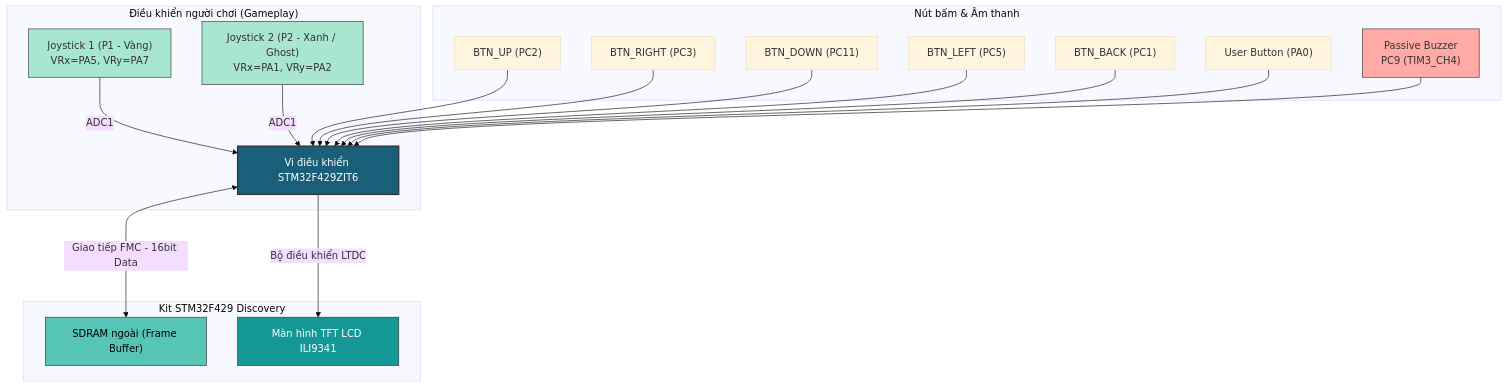
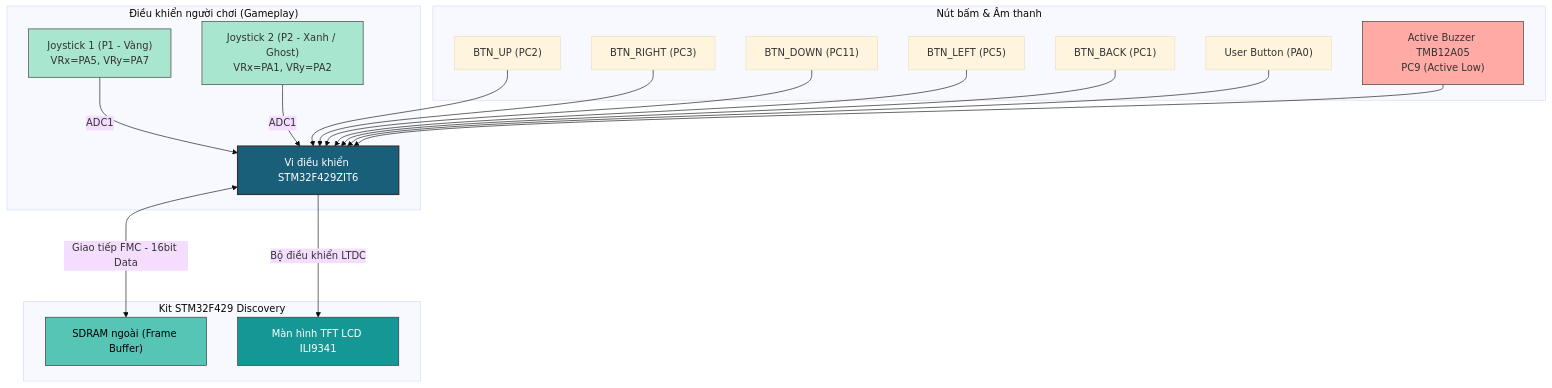
Before and after one commit to Tin61205/Embedded_Final_Prj_20252: the first of 2 diagrams in Report.md, drawn with Mermaid (base theme). The commit also changed other lines of this file and 2 other files, not shown here.

Commit message:
update readme buzzer

````diff
--- a/Report.md
+++ b/Report.md
@@ -106,31 +106,31 @@
 ```mermaid
 graph TD
     subgraph "Điều khiển người chơi (Gameplay)"
         JOY1["Joystick 1 (P1 - Vàng)<br>VRx=PA5, VRy=PA7"] -->|ADC1| STM32
         JOY2["Joystick 2 (P2 - Xanh / Ghost)<br>VRx=PA1, VRy=PA2"] -->|ADC1| STM32
     end
 
     subgraph "Nút bấm & Âm thanh"
         BTN_UP["BTN_UP (PC2)"] --> STM32
         BTN_RIGHT["BTN_RIGHT (PC3)"] --> STM32
         BTN_DOWN["BTN_DOWN (PC11)"] --> STM32
         BTN_LEFT["BTN_LEFT (PC5)"] --> STM32
         BTN_BACK["BTN_BACK (PC1)"] --> STM32
         BTN_USER["User Button (PA0)"] --> STM32
-        BUZZ["Passive Buzzer<br>PC9 (TIM3_CH4)"] --> STM32
+        BUZZ["Active Buzzer TMB12A05<br>PC9 (Active Low)"] --> STM32
     end
 
     subgraph "Kit STM32F429 Discovery"
         STM32["Vi điều khiển STM32F429ZIT6"]
         
         STM32 <-->|Giao tiếp FMC - 16bit Data| SDRAM["SDRAM ngoài (Frame Buffer)"]
         STM32 --->|Bộ điều khiển LTDC| LCD["Màn hình TFT LCD ILI9341"]
     end
     
     style STM32 fill:#1a5f7a,stroke:#333,stroke-width:2px,color:#fff
     style SDRAM fill:#57c5b6,stroke:#333,color:#000
     style LCD fill:#159895,stroke:#333,color:#fff
     style JOY1 fill:#a8e6cf,stroke:#333
     style JOY2 fill:#a8e6cf,stroke:#333
     style BUZZ fill:#ffaaa5,stroke:#333
 ```
````
